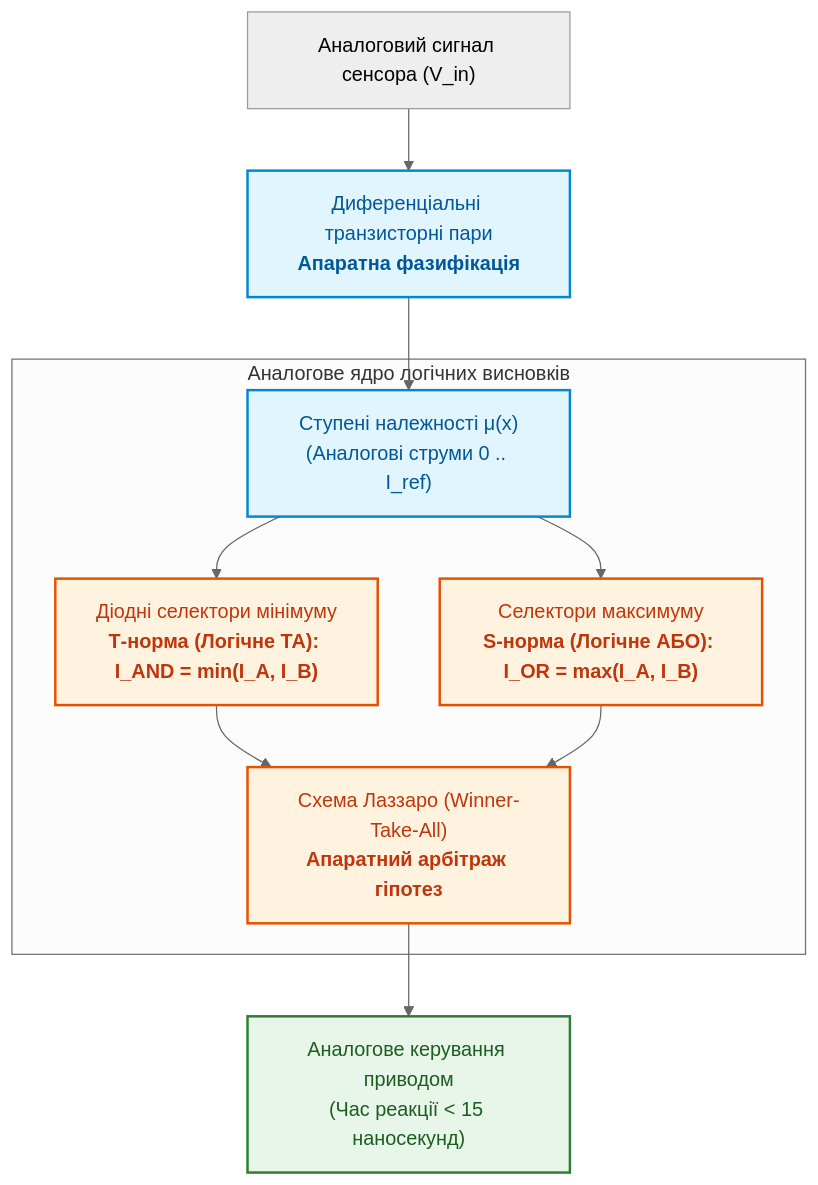
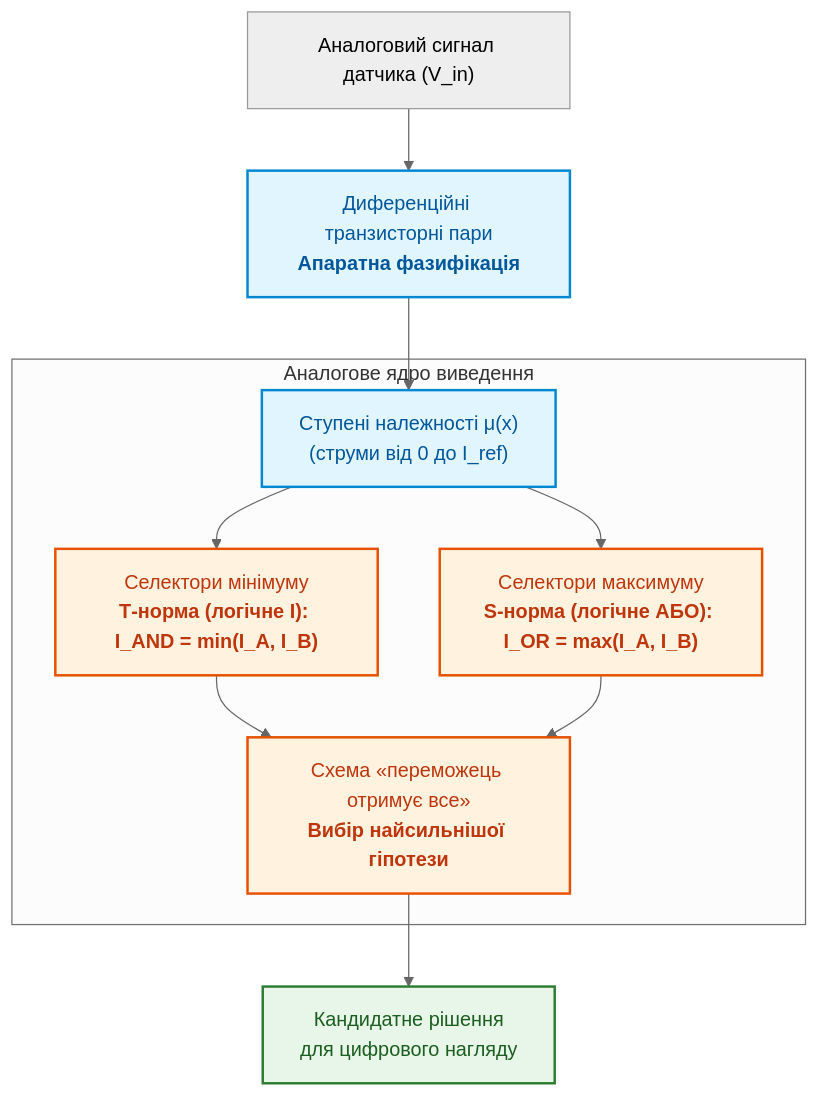
Before and after one commit to nick-fedchik/articles: the third of 6 diagrams in ExpertSystem/appendix-d-analog-expert-systems-and-neuromorphic-computing.md, drawn with Mermaid (neutral theme). The commit also changed other lines of this file, not shown here.

````diff
--- a/ExpertSystem/appendix-d-analog-expert-systems-and-neuromorphic-computing.md
+++ b/ExpertSystem/appendix-d-analog-expert-systems-and-neuromorphic-computing.md
@@ -214,24 +155,24 @@
 ```mermaid
 flowchart TD
-    accTitle: Схема аналогового нечіткого логічного виведення
-    accDescr: Фазифікація, аналогові оператори Т-норми і Т-конорми та дефазифікація струмів.
+    accTitle: Схема аналогового нечіткого виведення
+    accDescr: Фазифікація, аналогові оператори мінімуму й максимуму та вибір найсильнішої гіпотези.
 
-    SIG["Аналоговий сигнал сенсора (V_in)"] --> FUZZ["Диференціальні транзисторні пари<br/><b>Апаратна фазифікація</b>"]
-    FUZZ --> MF["Ступені належності μ(x)<br/>(Аналогові струми 0 .. I_ref)"]
+    SIG["Аналоговий сигнал датчика (V_in)"] --> FUZZ["Диференційні транзисторні пари<br/><b>Апаратна фазифікація</b>"]
+    FUZZ --> MF["Ступені належності μ(x)<br/>(струми від 0 до I_ref)"]
 
-    subgraph InferenceCore["Аналогове ядро логічних висновків"]
-        MF --> TNORM["Діодні селектори мінімуму<br/><b>Т-норма (Логічне ТА): I_AND = min(I_A, I_B)</b>"]
-        MF --> SNORM["Селектори максимуму<br/><b>S-норма (Логічне АБО): I_OR = max(I_A, I_B)</b>"]
-        TNORM & SNORM --> WTA["Схема Лаззаро (Winner-Take-All)<br/><b>Апаратний арбітраж гіпотез</b>"]
+    subgraph InferenceCore["Аналогове ядро виведення"]
+        MF --> TNORM["Селектори мінімуму<br/><b>Т-норма (логічне І): I_AND = min(I_A, I_B)</b>"]
+        MF --> SNORM["Селектори максимуму<br/><b>S-норма (логічне АБО): I_OR = max(I_A, I_B)</b>"]
+        TNORM & SNORM --> WTA["Схема «переможець отримує все»<br/><b>Вибір найсильнішої гіпотези</b>"]
     end
 
-    WTA --> ACTUATOR["Аналогове керування приводом<br/>(Час реакції < 15 наносекунд)"]
+    WTA --> OUT["Кандидатне рішення<br/>для цифрового нагляду"]
 
     classDef fuzz fill:#e1f5fe,stroke:#0288d1,stroke-width:2px,color:#01579b;
     classDef logic fill:#fff3e0,stroke:#e65100,stroke-width:2px,color:#bf360c;
     classDef out fill:#e8f5e9,stroke:#2e7d32,stroke-width:2px,color:#1b5e20;
 
     class FUZZ,MF fuzz;
     class TNORM,SNORM,WTA logic;
-    class ACTUATOR out;
+    class OUT out;
 ```
````
